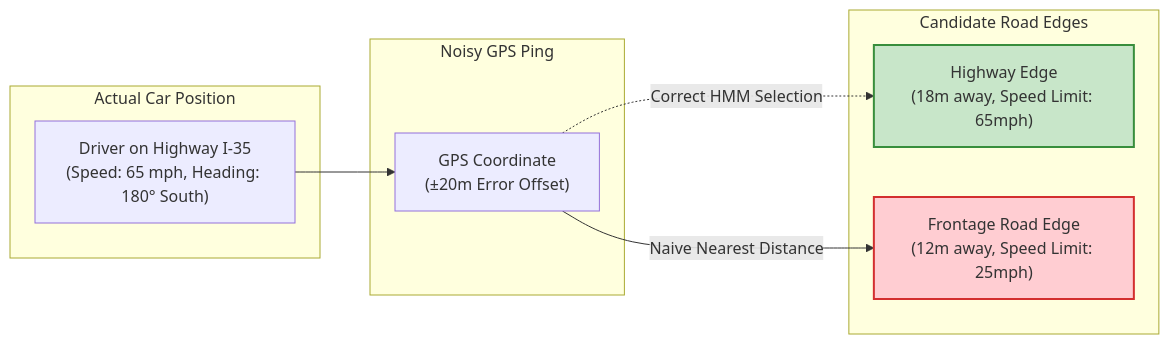
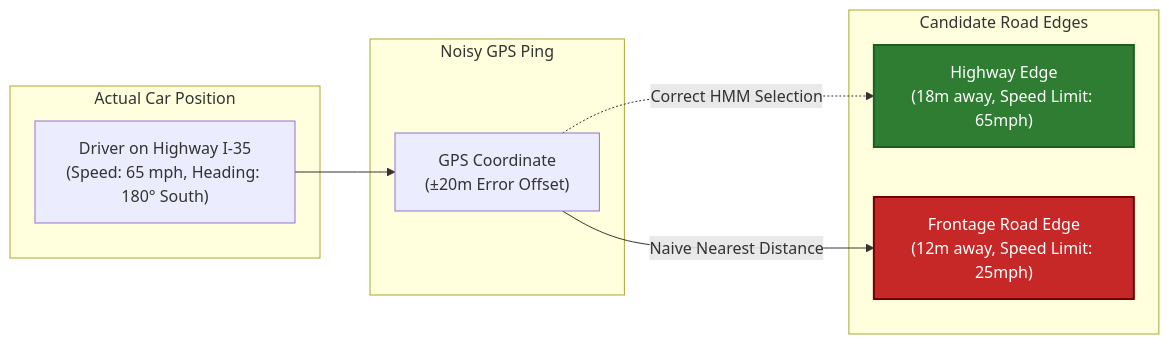
One commit to riyaz-pasha/Learnings changed the tenth of 20 diagrams in system-design/HLD/0-course/28-Design Google Maps-FAANG-Guide-story.md. Above: the diagram before and after it, drawn with Mermaid. The commit also changed other lines of this file and 1 other file, not shown here.

First line of the commit message:
[HLD] Make Google Maps guide mermaid diagram colors theme-safe

````diff
--- a/system-design/HLD/0-course/28-Design Google Maps-FAANG-Guide-story.md
+++ b/system-design/HLD/0-course/28-Design Google Maps-FAANG-Guide-story.md
@@ -539,22 +539,22 @@
 ```mermaid
 flowchart LR
     subgraph Driver["Actual Car Position"]
         Car["Driver on Highway I-35<br/>(Speed: 65 mph, Heading: 180° South)"]
     end
 
     subgraph GPS["Noisy GPS Ping"]
         Ping["GPS Coordinate<br/>(±20m Error Offset)"]
     end
 
     subgraph Edges["Candidate Road Edges"]
         E1["Highway Edge<br/>(18m away, Speed Limit: 65mph)"]
         E2["Frontage Road Edge<br/>(12m away, Speed Limit: 25mph)"]
     end
 
     Car --> Ping
     Ping -->|"Naive Nearest Distance"| E2
     Ping -.->|"Correct HMM Selection"| E1
 
-    style E2 fill:#ffcdd2,stroke:#d32f2f,stroke-width:2px
-    style E1 fill:#c8e6c9,stroke:#388e3c,stroke-width:2px
+    style E2 fill:#c62828,stroke:#6e0000,color:#ffffff,stroke-width:2px
+    style E1 fill:#2e7d32,stroke:#1b5e20,color:#ffffff,stroke-width:2px
 ```
````
